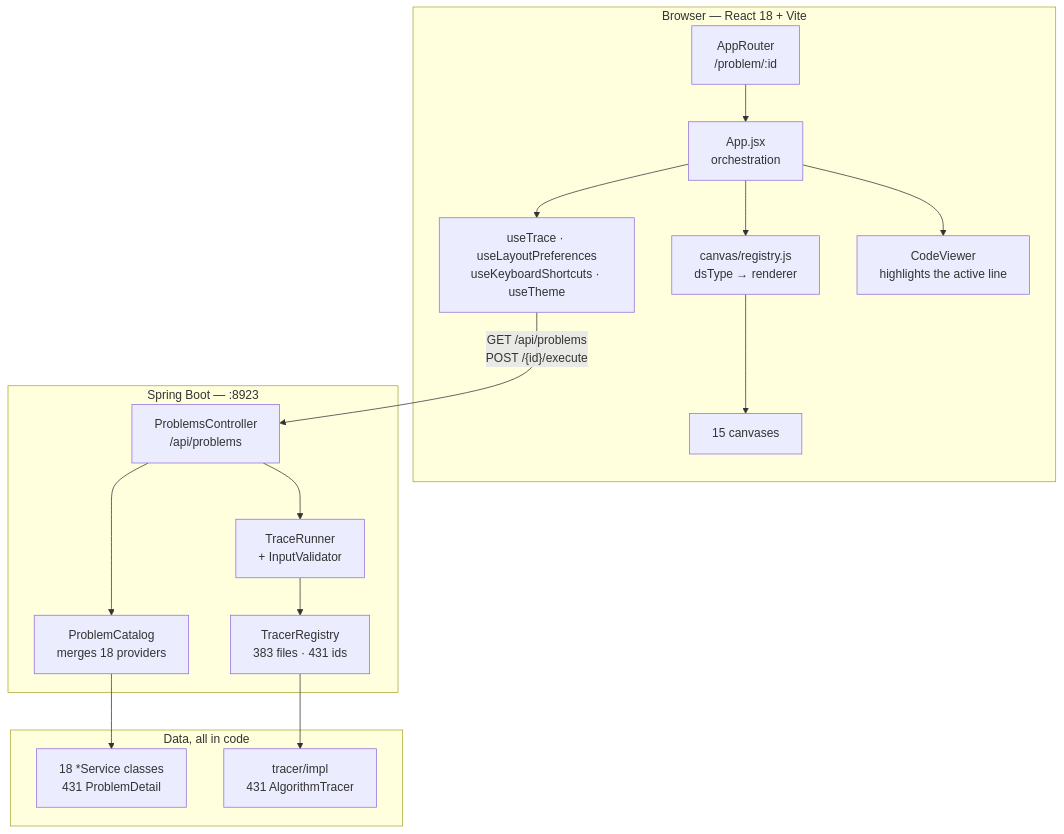
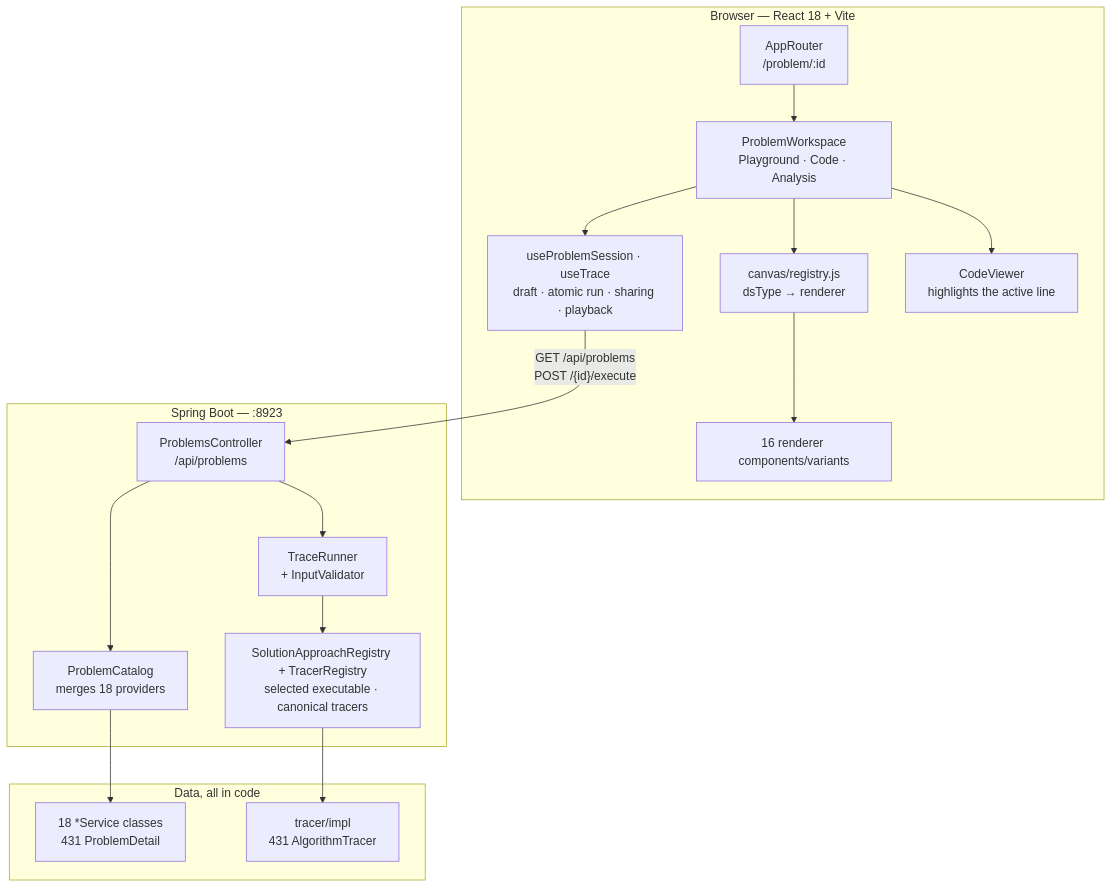
Before and after one commit to Prem-Duvvapu/dsa-with-ui: the first of 4 diagrams in ARCHITECTURE.md, drawn with Mermaid. The commit also changed other lines of this file and 38 other files, not shown here.

````diff
--- a/ARCHITECTURE.md
+++ b/ARCHITECTURE.md
@@ -15,29 +17,29 @@
 ```mermaid
 flowchart TB
     subgraph browser["Browser — React 18 + Vite"]
         Router["AppRouter<br/>/problem/:id"]
-        App["App.jsx<br/>orchestration"]
-        Hooks["useTrace · useLayoutPreferences<br/>useKeyboardShortcuts · useTheme"]
+        App["ProblemWorkspace<br/>Playground · Code · Analysis"]
+        Hooks["useProblemSession · useTrace<br/>draft · atomic run · sharing · playback"]
         Registry["canvas/registry.js<br/>dsType → renderer"]
-        Canvas["15 canvases"]
+        Canvas["16 renderer components/variants"]
         Code["CodeViewer<br/>highlights the active line"]
     end
 
     subgraph api["Spring Boot — :8923"]
         PC["ProblemsController<br/>/api/problems"]
         Cat["ProblemCatalog<br/>merges 18 providers"]
-        Reg["TracerRegistry<br/>383 files · 431 ids"]
+        Reg["SolutionApproachRegistry + TracerRegistry<br/>selected executable · canonical tracers"]
         Run["TraceRunner<br/>+ InputValidator"]
     end
 
     subgraph data["Data, all in code"]
         Svc["18 *Service classes<br/>431 ProblemDetail"]
         Tr["tracer/impl<br/>431 AlgorithmTracer"]
     end
 
     Router --> App --> Hooks -->|"GET /api/problems<br/>POST /{id}/execute"| PC
     App --> Registry --> Canvas
     App --> Code
     PC --> Cat --> Svc
     PC --> Run --> Reg --> Tr
 ```
````
